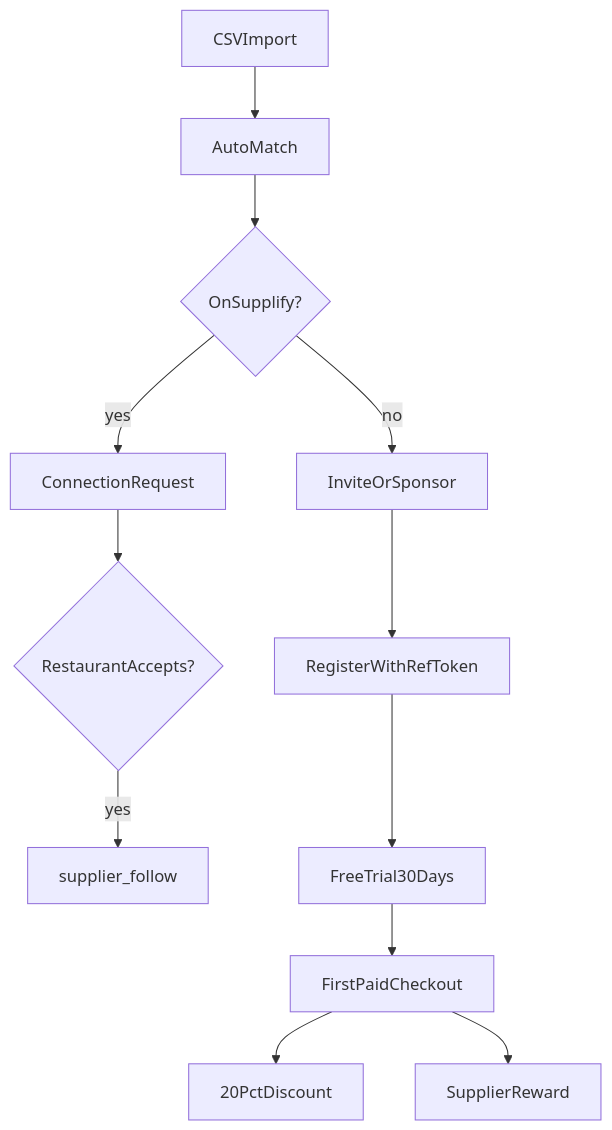
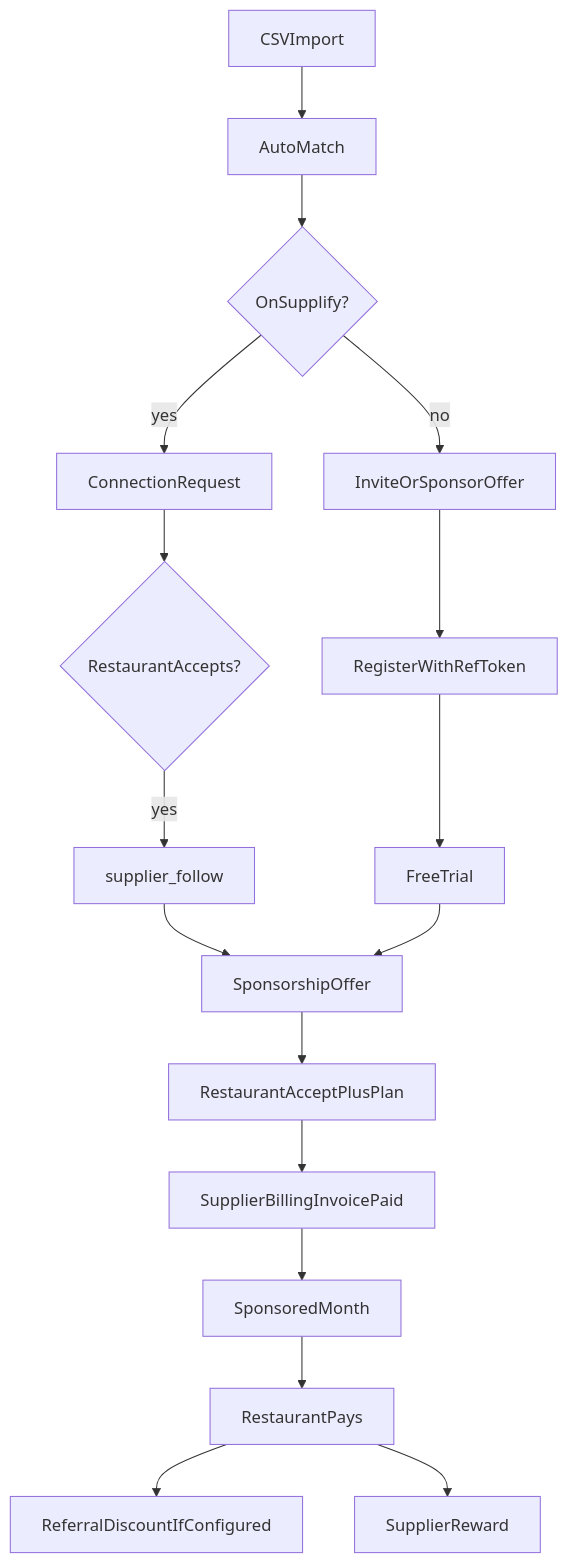
Before and after one commit to ghadimdallaldev/supplify_erp: the second of 2 diagrams in docs/features/supplier-customer-growth.md, drawn with Mermaid. The commit also changed other lines of this file and 23 other files, not shown here.

First line of the commit message:
feat(growth): harden supplier-paid sponsorship with real billing invoices

````diff
--- a/docs/features/supplier-customer-growth.md
+++ b/docs/features/supplier-customer-growth.md
@@ -40,14 +89,19 @@
 ```mermaid
 flowchart TD
   import[CSVImport] --> match[AutoMatch]
   match --> existing{OnSupplify?}
   existing -->|yes| connReq[ConnectionRequest]
-  existing -->|no| invite[InviteOrSponsor]
-  connReq --> accept{RestaurantAccepts?}
-  accept -->|yes| follow[supplier_follow]
+  existing -->|no| invite[InviteOrSponsorOffer]
+  connReq --> acceptConn{RestaurantAccepts?}
+  acceptConn -->|yes| follow[supplier_follow]
   invite --> register[RegisterWithRefToken]
-  register --> trial[FreeTrial30Days]
-  trial --> checkout[FirstPaidCheckout]
-  checkout --> discount[20PctDiscount]
-  checkout --> reward[SupplierReward]
+  register --> trial[FreeTrial]
+  follow --> sponsorOffer[SponsorshipOffer]
+  trial --> sponsorOffer
+  sponsorOffer --> restAccept[RestaurantAcceptPlusPlan]
+  restAccept --> supplierPay[SupplierBillingInvoicePaid]
+  supplierPay --> sponsoredMonth[SponsoredMonth]
+  sponsoredMonth --> restaurantPay[RestaurantPays]
+  restaurantPay --> discount[ReferralDiscountIfConfigured]
+  restaurantPay --> reward[SupplierReward]
 ```
````
